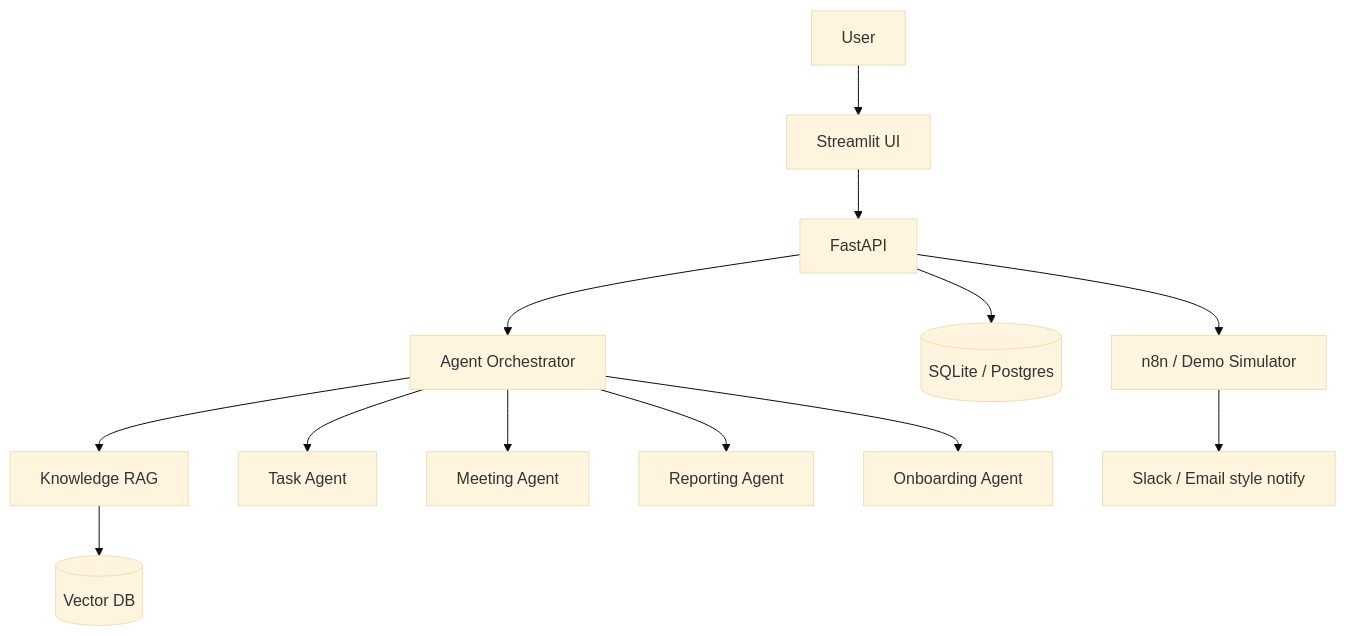
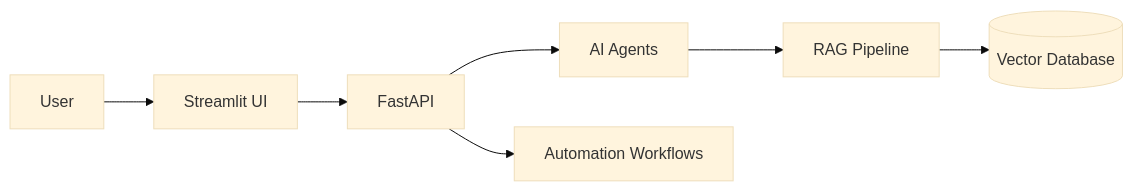
The diagram in README.md (VamshiKrishnaBandari07/Autonomous-Operations-Assistant-ai), drawn with Mermaid (base theme) before and after one commit. The commit also changed other lines of this file and 2 other files, not shown here.

````diff
--- a/README.md
+++ b/README.md
@@ -54,15 +90,9 @@
 ```mermaid
-flowchart TD
+flowchart LR
   U[User] --> UI[Streamlit UI]
   UI --> API[FastAPI]
-  API --> A[Agent Orchestrator]
-  A --> K[Knowledge RAG]
-  A --> T[Task Agent]
-  A --> M[Meeting Agent]
-  A --> R[Reporting Agent]
-  A --> O[Onboarding Agent]
-  K --> V[(Vector DB)]
-  API --> DB[(SQLite / Postgres)]
-  API --> N8N[n8n / Demo Simulator]
-  N8N --> N[Slack / Email style notify]
+  API --> AG[AI Agents]
+  AG --> RAG[RAG Pipeline]
+  RAG --> V[(Vector Database)]
+  API --> N8N[Automation Workflows]
 ```
````
